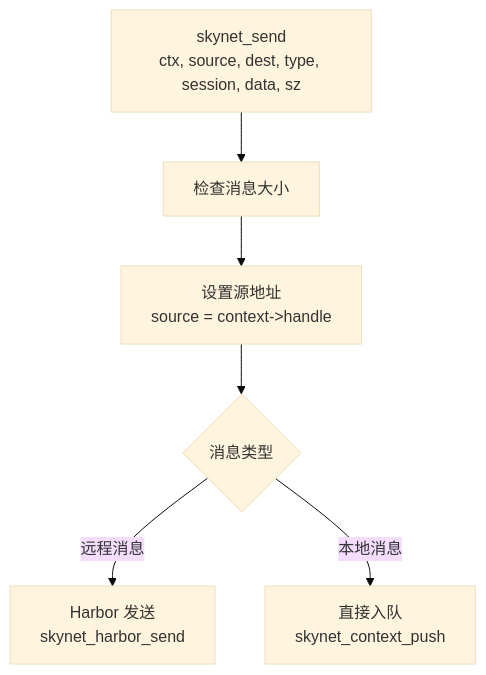
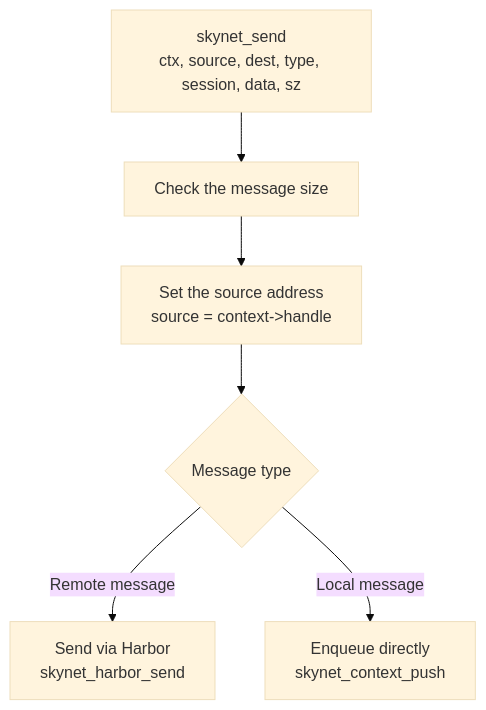
Before and after one commit to cuihairu/skynet: the third of 3 diagrams in docs/analysis/skynet-server.md, drawn with Mermaid (base theme). The commit also changed other lines of this file and 86 other files, not shown here.

````diff
--- a/docs/analysis/skynet-server.md
+++ b/docs/analysis/skynet-server.md
@@ -256,9 +256,9 @@
 ```mermaid
 graph TB
-    Start[skynet_send<br/>ctx, source, dest, type, session, data, sz] --> A[检查消息大小]
-    A --> B[设置源地址<br/>source = context->handle]
-    B --> C{消息类型}
-    
-    C -->|远程消息| D[Harbor 发送<br/>skynet_harbor_send]
-    C -->|本地消息| E[直接入队<br/>skynet_context_push]
+    Start[skynet_send<br/>ctx, source, dest, type, session, data, sz] --> A[Check the message size]
+    A --> B[Set the source address<br/>source = context->handle]
+    B --> C{Message type}
+
+    C -->|Remote message| D[Send via Harbor<br/>skynet_harbor_send]
+    C -->|Local message| E[Enqueue directly<br/>skynet_context_push]
 ```
````
